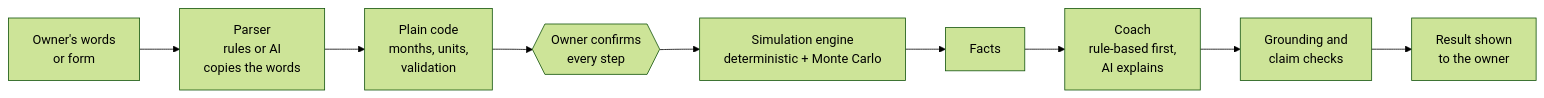
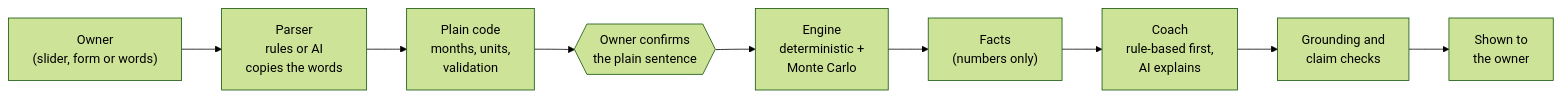
Before and after one commit to mafoudmaryam/business-time-machine: the diagram in README.md, drawn with Mermaid (forest theme). The commit also changed other lines of this file and 8 other files, not shown here.

````diff
--- a/README.md
+++ b/README.md
@@ -84,11 +135,11 @@
 ```mermaid
 flowchart LR
-    A["Owner's words<br/>or form"] --> B["Parser<br/>rules or AI<br/>copies the words"]
+    A["Owner<br/>(slider, form or words)"] --> B["Parser<br/>rules or AI<br/>copies the words"]
     B --> C["Plain code<br/>months, units,<br/>validation"]
-    C --> D{{"Owner confirms<br/>every step"}}
-    D --> E["Simulation engine<br/>deterministic + Monte Carlo"]
-    E --> F["Facts"]
+    C --> D{{"Owner confirms<br/>the plain sentence"}}
+    D --> E["Engine<br/>deterministic +<br/>Monte Carlo"]
+    E --> F["Facts<br/>(numbers only)"]
     F --> G["Coach<br/>rule-based first,<br/>AI explains"]
     G --> H["Grounding and<br/>claim checks"]
-    H --> I["Result shown<br/>to the owner"]
+    H --> I["Shown to<br/>the owner"]
 ```
````
